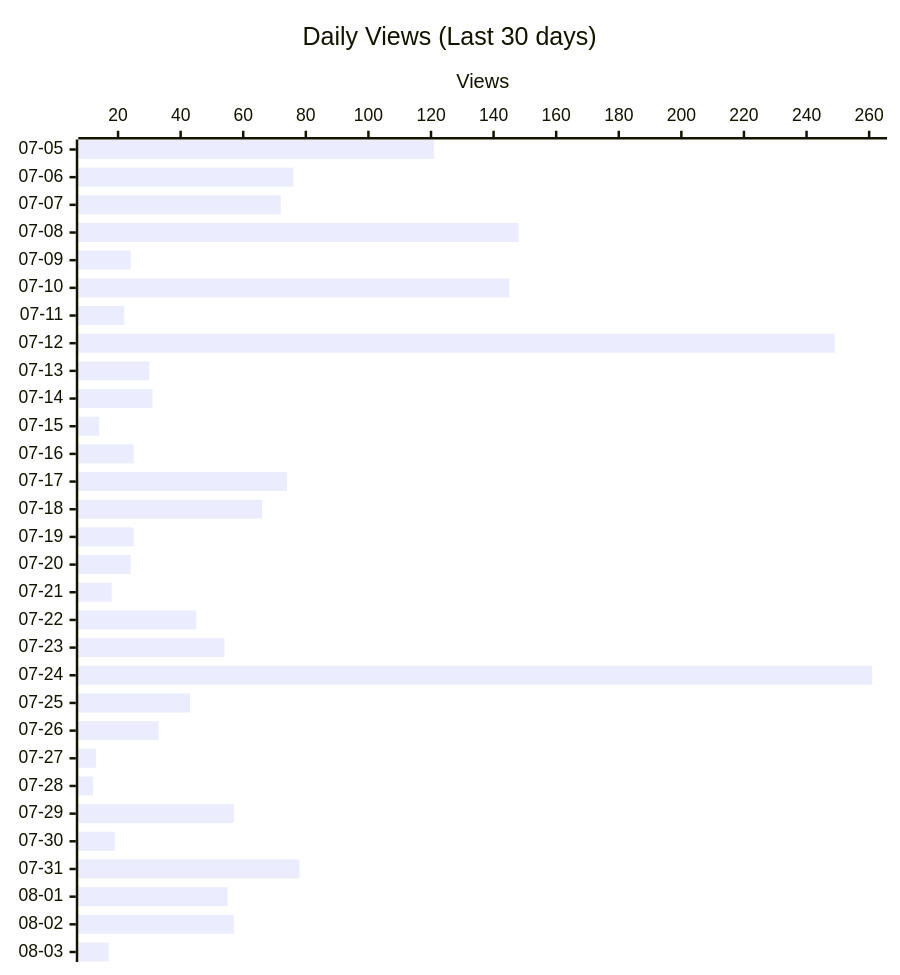
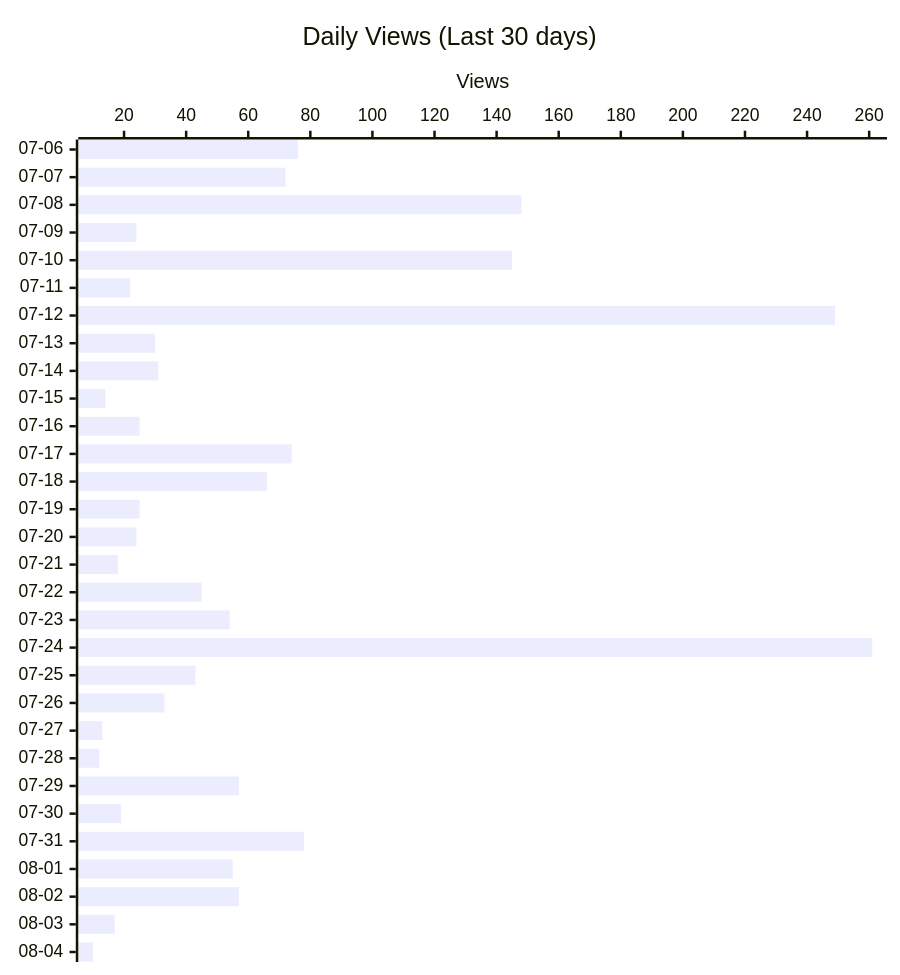
The second of 4 diagrams in README.md (shigechika/github-insights), drawn with Mermaid before and after one commit. The commit also changed other lines of this file and 2 other files, not shown here.

````diff
--- a/README.md
+++ b/README.md
@@ -28,12 +28,12 @@
 ```mermaid
 ---
 config:
   xyChart:
     height: 760
 ---
 xychart-beta horizontal
     title "Daily Views (Last 30 days)"
-    x-axis ["07-05", "07-06", "07-07", "07-08", "07-09", "07-10", "07-11", "07-12", "07-13", "07-14", "07-15", "07-16", "07-17", "07-18", "07-19", "07-20", "07-21", "07-22", "07-23", "07-24", "07-25", "07-26", "07-27", "07-28", "07-29", "07-30", "07-31", "08-01", "08-02", "08-03"]
+    x-axis ["07-06", "07-07", "07-08", "07-09", "07-10", "07-11", "07-12", "07-13", "07-14", "07-15", "07-16", "07-17", "07-18", "07-19", "07-20", "07-21", "07-22", "07-23", "07-24", "07-25", "07-26", "07-27", "07-28", "07-29", "07-30", "07-31", "08-01", "08-02", "08-03", "08-04"]
     y-axis "Views"
-    bar [121, 76, 72, 148, 24, 145, 22, 249, 30, 31, 14, 25, 74, 66, 25, 24, 18, 45, 54, 261, 43, 33, 13, 12, 57, 19, 78, 55, 57, 17]
+    bar [76, 72, 148, 24, 145, 22, 249, 30, 31, 14, 25, 74, 66, 25, 24, 18, 45, 54, 261, 43, 33, 13, 12, 57, 19, 78, 55, 57, 17, 10]
 ```
````
